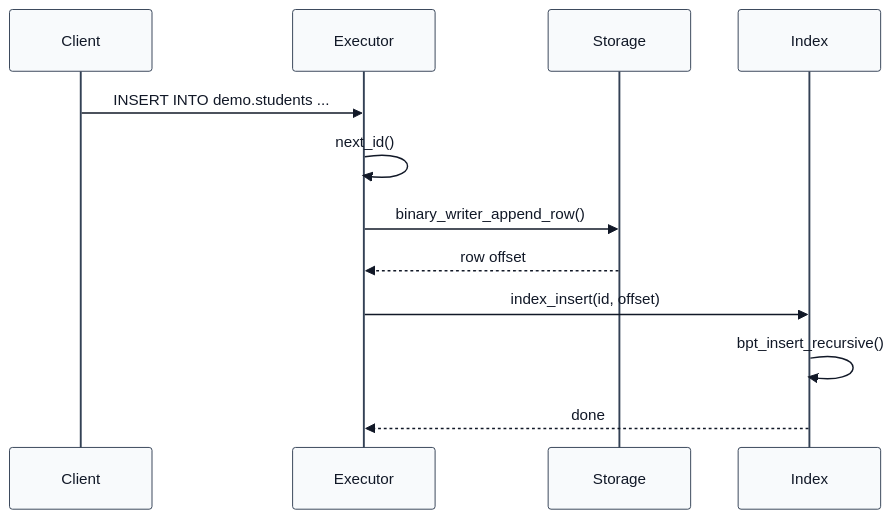
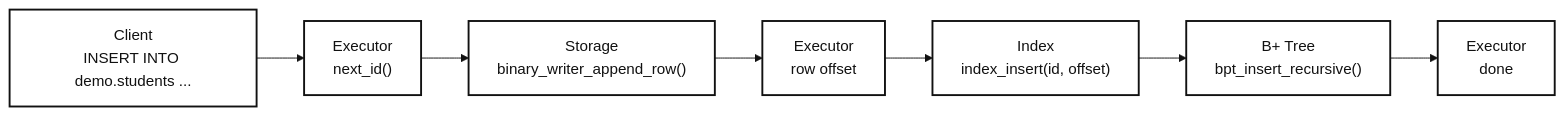
One commit to Jungle-12-303/week7-team1-sql-2 changed the seventh of 20 diagrams in README.md. Above: the diagram before and after it, drawn with Mermaid. The commit also changed other lines of this file, not shown here.

Commit message:
Reorder README demo section

````diff
--- a/README.md
+++ b/README.md
@@ -369,29 +369,26 @@
 ```mermaid
 %%{init: {
   "theme": "base",
   "themeVariables": {
     "background": "#ffffff",
-    "primaryColor": "#f8fafc",
-    "primaryTextColor": "#111827",
-    "primaryBorderColor": "#334155",
-    "lineColor": "#475569",
-    "secondaryColor": "#f1f5f9",
-    "secondaryTextColor": "#111827",
-    "tertiaryColor": "#e2e8f0",
-    "tertiaryTextColor": "#111827"
+    "primaryColor": "#ffffff",
+    "primaryTextColor": "#111111",
+    "primaryBorderColor": "#111111",
+    "lineColor": "#111111",
+    "secondaryColor": "#f3f4f6",
+    "secondaryTextColor": "#111111",
+    "tertiaryColor": "#e5e7eb",
+    "tertiaryTextColor": "#111111"
   }
 }}%%
-sequenceDiagram
-    participant Client
-    participant Executor
-    participant Storage
-    participant Index
+flowchart LR
+    A["Client<br/>INSERT INTO demo.students ..."] --> B["Executor<br/>next_id()"]
+    B --> C["Storage<br/>binary_writer_append_row()"]
+    C --> D["Executor<br/>row offset"]
+    D --> E["Index<br/>index_insert(id, offset)"]
+    E --> F["B+ Tree<br/>bpt_insert_recursive()"]
+    F --> G["Executor<br/>done"]
 
-    Client->>Executor: INSERT INTO demo.students ...
-    Executor->>Executor: next_id()
-    Executor->>Storage: binary_writer_append_row()
-    Storage-->>Executor: row offset
-    Executor->>Index: index_insert(id, offset)
-    Index->>Index: bpt_insert_recursive()
-    Index-->>Executor: done
+    classDef box fill:#ffffff,stroke:#111111,stroke-width:2px,color:#111111;
+    class A,B,C,D,E,F,G box;
 ```
````
